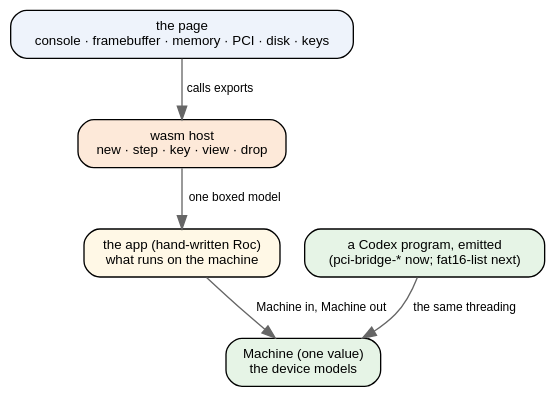
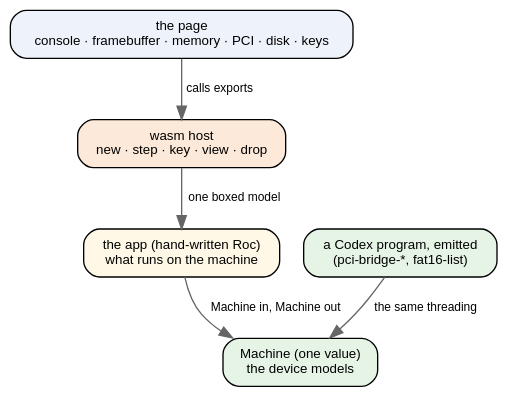
The fourth of 8 diagrams in notes/roc-machine-emulator.md (showell/essay-repl-server), drawn with Graphviz before and after one commit. The commit also changed other lines of this file, not shown here.

First line of the commit message:
roc-machine-emulator: step 3, fat16-list on a disk the ladder attaches

````diff
--- a/notes/roc-machine-emulator.md
+++ b/notes/roc-machine-emulator.md
@@ -145,18 +237,18 @@
 ```dot
 digraph layers {
   rankdir=TB; bgcolor="transparent";
   node [shape=box style="rounded,filled" fontname="Helvetica" fontsize=10 fillcolor="#ffffff"];
   edge [fontname="Helvetica" fontsize=9 color="#666666"];
 
   page [label="the page\nconsole · framebuffer · memory · PCI · disk · keys" fillcolor="#eef3fb"];
   host [label="wasm host\nnew · step · key · view · drop" fillcolor="#fde9d9"];
   app  [label="the app (hand-written Roc)\nwhat runs on the machine" fillcolor="#fff8e6"];
   mach [label="Machine (one value)\nthe device models" fillcolor="#e6f4e6"];
-  prog [label="a Codex program, emitted\n(pci-bridge-* now; fat16-list next)" fillcolor="#e6f4e6"];
+  prog [label="a Codex program, emitted\n(pci-bridge-*, fat16-list)" fillcolor="#e6f4e6"];
 
   page -> host [label="calls exports"];
   host -> app [label="one boxed model"];
   app -> mach [label="Machine in, Machine out"];
   prog -> mach [label="the same threading"];
 }
 ```
````
